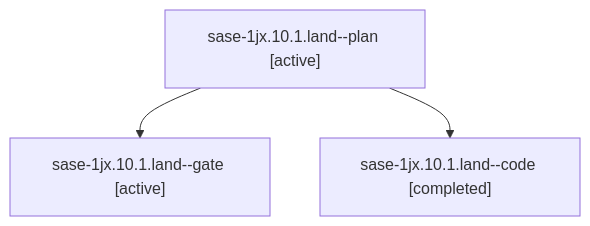
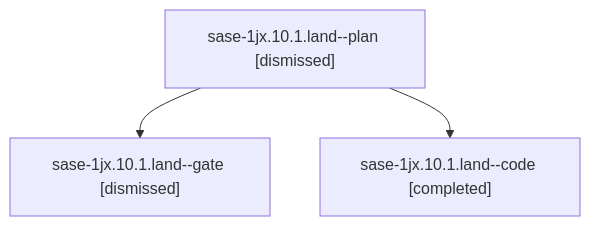
The diagram in sessions/bbugyi200.athena.sase-1jx.10.1.land.md (sase-org/sase--agents), drawn with Mermaid before and after one commit. The commit also changed other lines of this file and 105 other files, not shown here.

````diff
--- a/sessions/bbugyi200.athena.sase-1jx.10.1.land.md
+++ b/sessions/bbugyi200.athena.sase-1jx.10.1.land.md
@@ -9,8 +9,8 @@
 ```mermaid
 flowchart TD
-  n0["sase-1jx.10.1.land--plan [active]"]
-  n1["sase-1jx.10.1.land--gate [active]"]
+  n0["sase-1jx.10.1.land--plan [dismissed]"]
+  n1["sase-1jx.10.1.land--gate [dismissed]"]
   n0 --> n1
   n2["sase-1jx.10.1.land--code [completed]"]
   n0 --> n2
 ```
````
